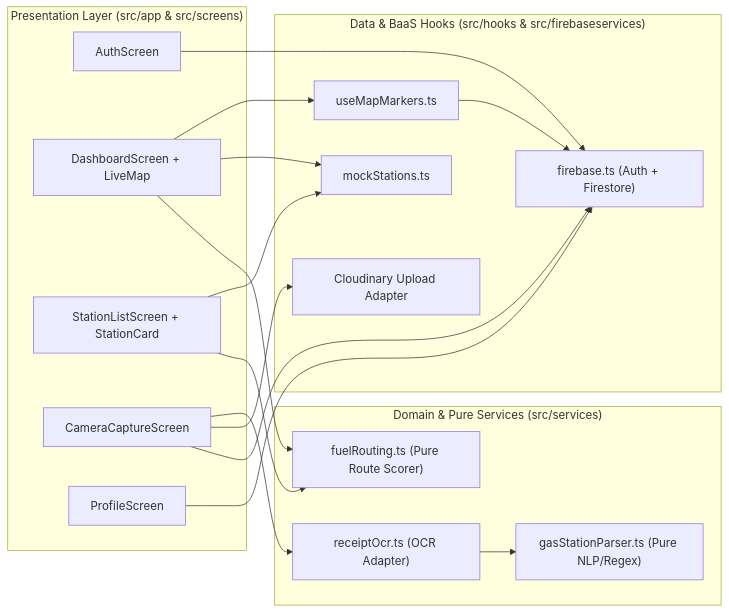
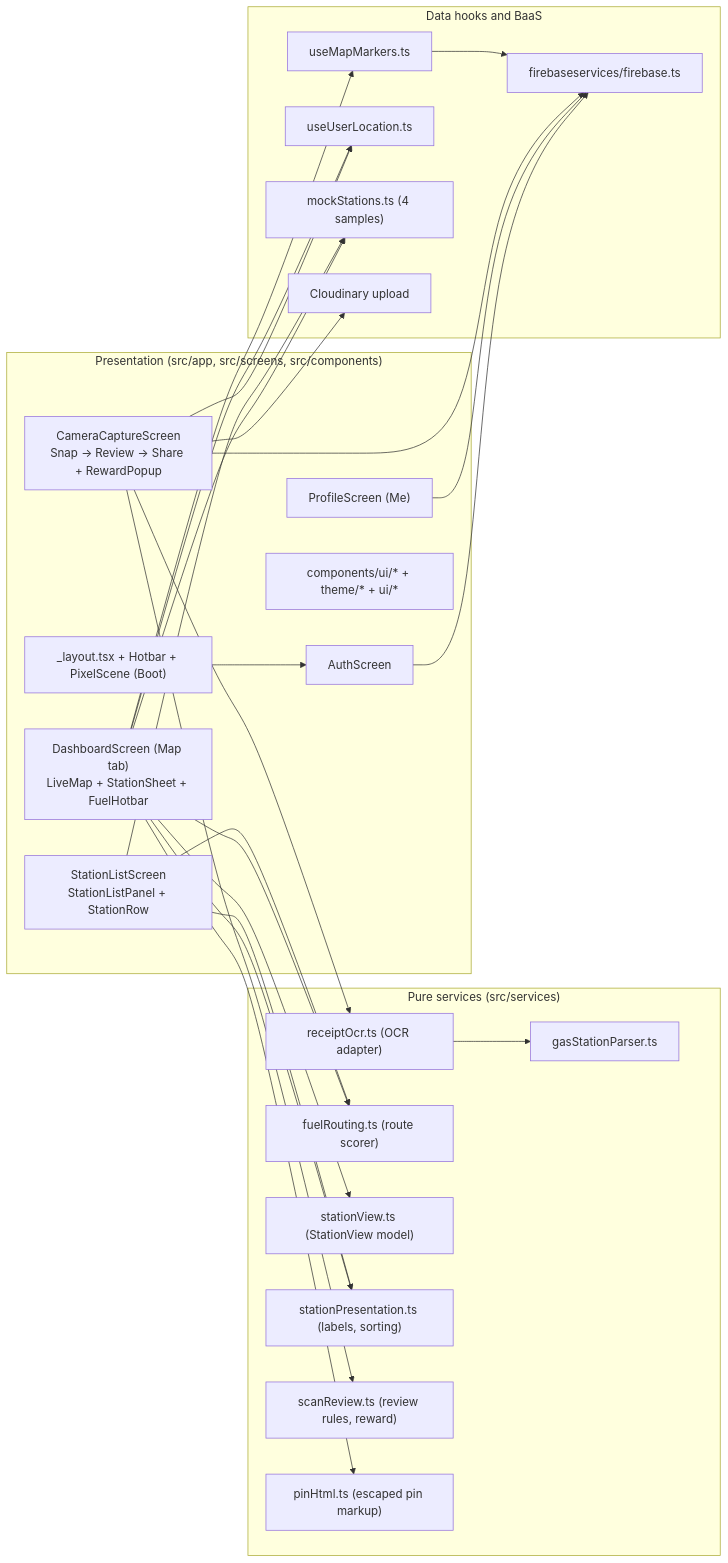
The diagram in docs/product/ARCHITECTURE.md (BFUR64/gasup365), drawn with Mermaid before and after one commit. The commit also changed other lines of this file and 9 other files, not shown here.

````diff
--- a/docs/product/ARCHITECTURE.md
+++ b/docs/product/ARCHITECTURE.md
@@ -30,36 +32,50 @@
 ```mermaid
 flowchart LR
-    subgraph UI["Presentation Layer (src/app & src/screens)"]
+    subgraph UI["Presentation (src/app, src/screens, src/components)"]
+        Layout["_layout.tsx + Hotbar + PixelScene (Boot)"]
         AuthUI["AuthScreen"]
-        DashUI["DashboardScreen + LiveMap"]
-        ListUI["StationListScreen + StationCard"]
-        CaptureUI["CameraCaptureScreen"]
-        ProfileUI["ProfileScreen"]
+        DashUI["DashboardScreen (Map tab)\nLiveMap + StationSheet + FuelHotbar"]
+        ListUI["StationListScreen\nStationListPanel + StationRow"]
+        CaptureUI["CameraCaptureScreen\nSnap → Review → Share + RewardPopup"]
+        ProfileUI["ProfileScreen (Me)"]
+        Kit["components/ui/* + theme/* + ui/*"]
     end
 
-    subgraph Domain["Domain & Pure Services (src/services)"]
-        Parser["gasStationParser.ts (Pure NLP/Regex)"]
-        OCR["receiptOcr.ts (OCR Adapter)"]
-        Router["fuelRouting.ts (Pure Route Scorer)"]
+    subgraph Domain["Pure services (src/services)"]
+        Parser["gasStationParser.ts"]
+        OCR["receiptOcr.ts (OCR adapter)"]
+        Router["fuelRouting.ts (route scorer)"]
+        View["stationView.ts (StationView model)"]
+        Present["stationPresentation.ts (labels, sorting)"]
+        Review["scanReview.ts (review rules, reward)"]
+        Pins["pinHtml.ts (escaped pin markup)"]
     end
 
-    subgraph Data["Data & BaaS Hooks (src/hooks & src/firebaseservices)"]
+    subgraph Data["Data hooks and BaaS"]
         MarkersHook["useMapMarkers.ts"]
-        Mock["mockStations.ts"]
-        FB["firebase.ts (Auth + Firestore)"]
-        Cloud["Cloudinary Upload Adapter"]
+        LocHook["useUserLocation.ts"]
+        Mock["mockStations.ts (4 samples)"]
+        FB["firebaseservices/firebase.ts"]
+        Cloud["Cloudinary upload"]
     end
 
+    Layout --> AuthUI
     AuthUI --> FB
     ProfileUI --> FB
-    CaptureUI --> OCR
-    OCR --> Parser
+    CaptureUI --> OCR --> Parser
+    CaptureUI --> Review
     CaptureUI --> Cloud
     CaptureUI --> FB
+    CaptureUI --> LocHook
     MarkersHook --> FB
     DashUI --> MarkersHook
+    DashUI --> LocHook
     DashUI --> Mock
     DashUI --> Router
+    DashUI --> View
+    DashUI --> Pins
+    DashUI --> Present
     ListUI --> Mock
     ListUI --> Router
+    ListUI --> Present
 ```
````
